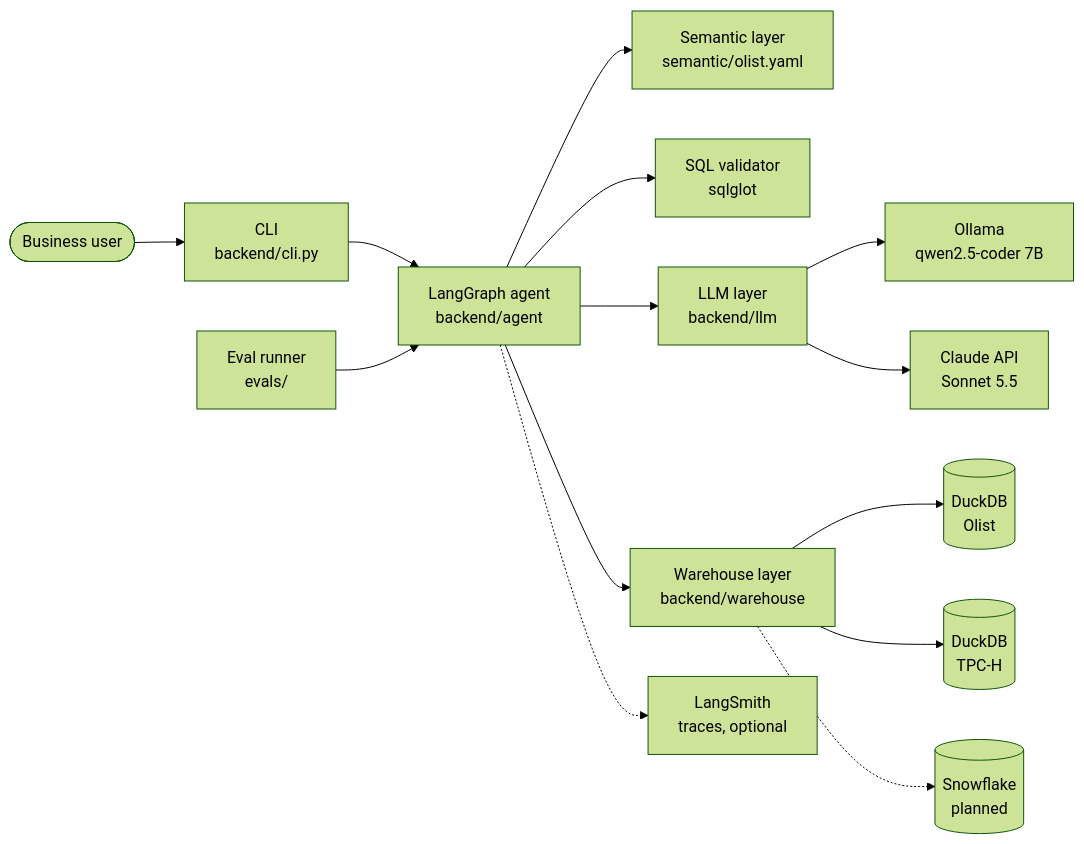
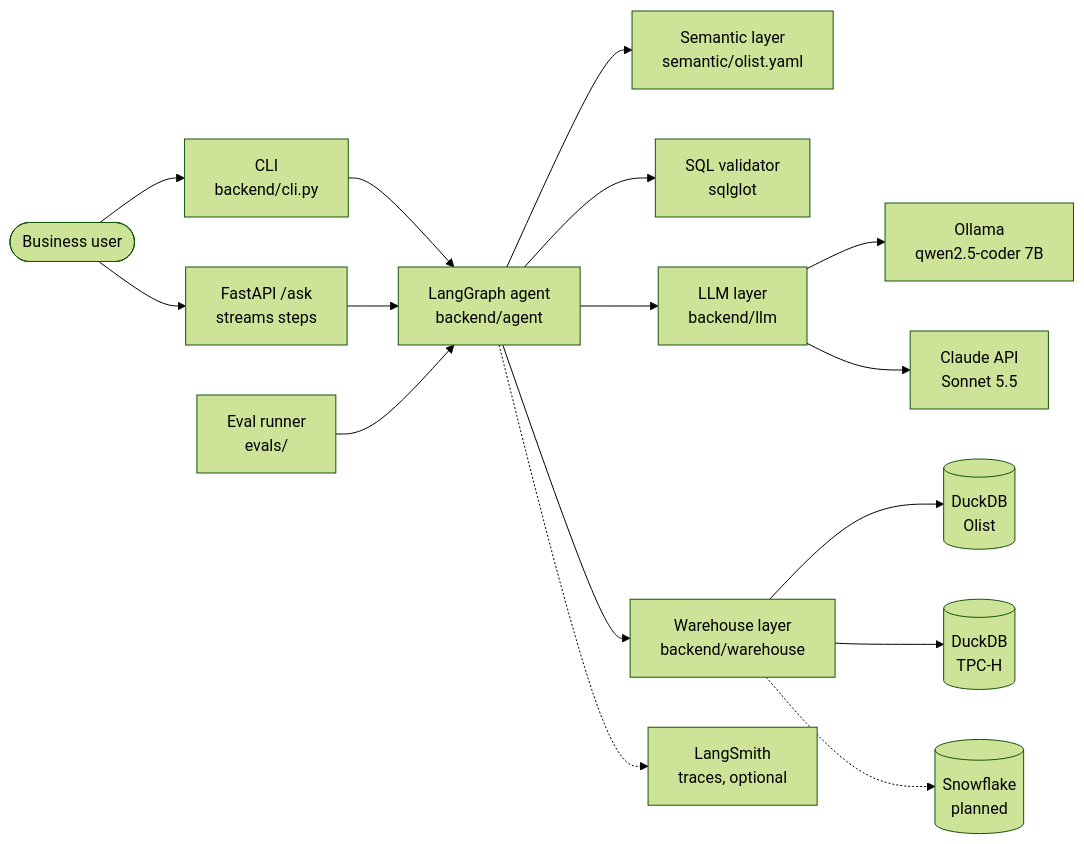
Before and after one commit to MelcoolA/querypilot: the first of 2 diagrams in README.md, drawn with Mermaid (forest theme). The commit also changed other lines of this file and 13 other files, not shown here.

First line of the commit message:
Phase 3a: pick_chart step and streaming /ask API

````diff
--- a/README.md
+++ b/README.md
@@ -89,16 +89,18 @@
 ```mermaid
 flowchart LR
     U([Business user]) --> CLI[CLI<br/>backend/cli.py]
+    U --> API[FastAPI /ask<br/>streams steps]
     CLI --> AG[LangGraph agent<br/>backend/agent]
+    API --> AG
     EV[Eval runner<br/>evals/] --> AG
     AG --> SEM[Semantic layer<br/>semantic/olist.yaml]
     AG --> VAL[SQL validator<br/>sqlglot]
     AG --> LLM[LLM layer<br/>backend/llm]
     LLM --> OL[Ollama<br/>qwen2.5-coder 7B]
     LLM --> CL[Claude API<br/>Sonnet 5.5]
     AG --> WH[Warehouse layer<br/>backend/warehouse]
     WH --> D1[(DuckDB<br/>Olist)]
     WH --> D2[(DuckDB<br/>TPC-H)]
     WH -.-> SF[(Snowflake<br/>planned)]
     AG -.-> LS[LangSmith<br/>traces, optional]
 ```
````
